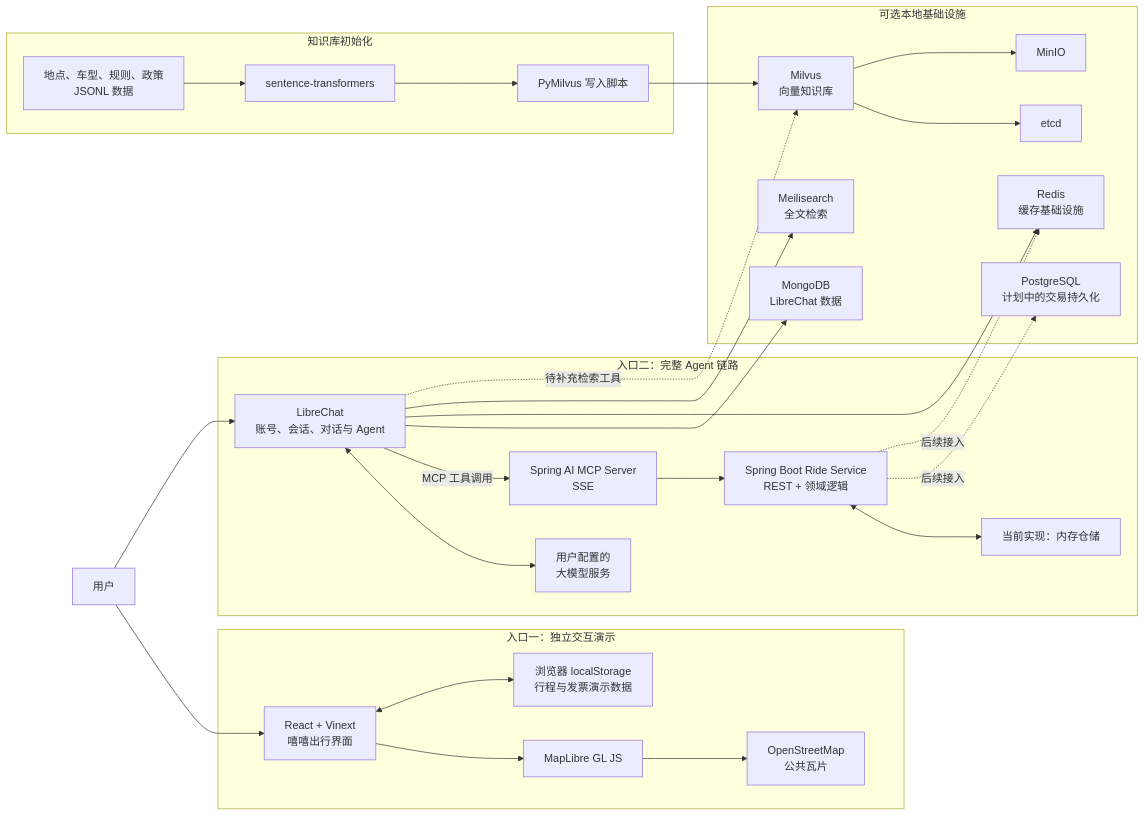
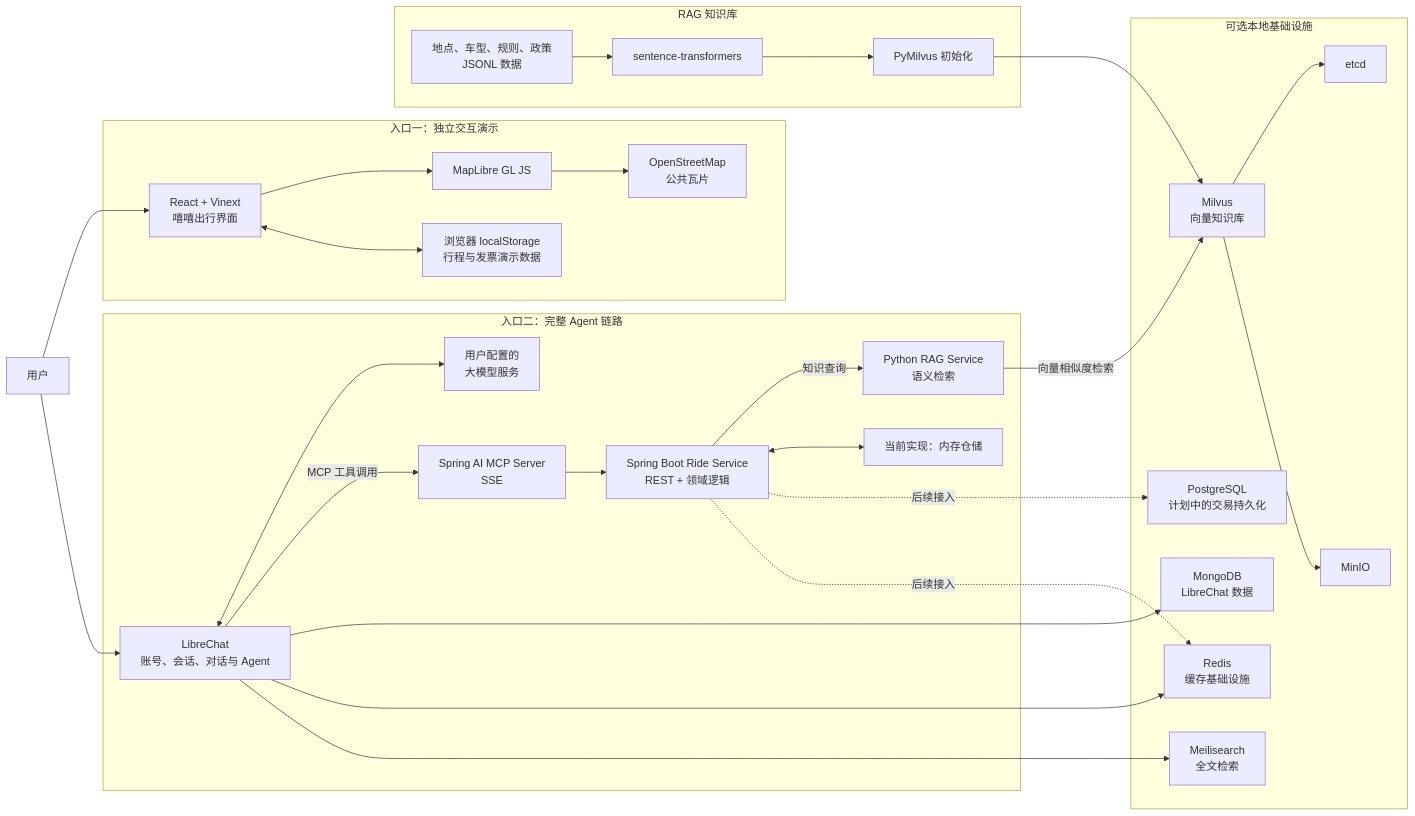
One commit to YINPENG04/xixi-travel-agent changed the first of 2 diagrams in README.md. Above: the diagram before and after it, drawn with Mermaid. The commit also changed other lines of this file and 20 other files, not shown here.

Commit message:
feat: add RAG knowledge retrieval (#1)

````diff
--- a/README.md
+++ b/README.md
@@ -58,54 +58,56 @@
 ```mermaid
 flowchart LR
     U["用户"]
 
     subgraph Demo["入口一：独立交互演示"]
         UI["React + Vinext<br/>嘻嘻出行界面"]
         MAP["MapLibre GL JS"]
         OSM["OpenStreetMap<br/>公共瓦片"]
         LS["浏览器 localStorage<br/>行程与发票演示数据"]
         UI --> MAP --> OSM
         UI <--> LS
     end
 
     subgraph Agent["入口二：完整 Agent 链路"]
         LC["LibreChat<br/>账号、会话、对话与 Agent"]
         LLM["用户配置的<br/>大模型服务"]
         MCP["Spring AI MCP Server<br/>SSE"]
         RS["Spring Boot Ride Service<br/>REST + 领域逻辑"]
+        RAG["Python RAG Service<br/>语义检索"]
         MEM["当前实现：内存仓储"]
 
         LC <--> LLM
         LC -->|"MCP 工具调用"| MCP
         MCP --> RS
+        RS -->|"知识查询"| RAG
         RS <--> MEM
     end
 
     subgraph Infra["可选本地基础设施"]
         MONGO["MongoDB<br/>LibreChat 数据"]
         REDIS["Redis<br/>缓存基础设施"]
         MEILI["Meilisearch<br/>全文检索"]
         PG["PostgreSQL<br/>计划中的交易持久化"]
         MILVUS["Milvus<br/>向量知识库"]
         ETCD["etcd"]
         MINIO["MinIO"]
         MILVUS --> ETCD
         MILVUS --> MINIO
     end
 
-    subgraph Knowledge["知识库初始化"]
+    subgraph Knowledge["RAG 知识库"]
         JSONL["地点、车型、规则、政策<br/>JSONL 数据"]
         EMB["sentence-transformers"]
-        SEED["PyMilvus 写入脚本"]
+        SEED["PyMilvus 初始化"]
         JSONL --> EMB --> SEED --> MILVUS
+        RAG -->|"向量相似度检索"| MILVUS
     end
 
     U --> UI
     U --> LC
     LC --> MONGO
     LC --> REDIS
     LC --> MEILI
     RS -. 后续接入 .-> PG
     RS -. 后续接入 .-> REDIS
-    LC -. 待补充检索工具 .-> MILVUS
 ```
````
